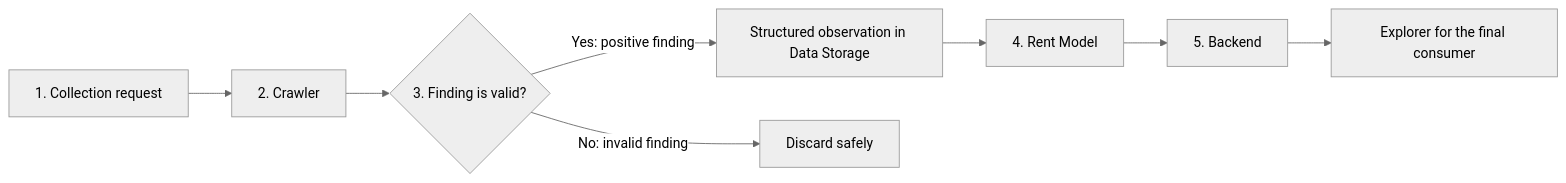
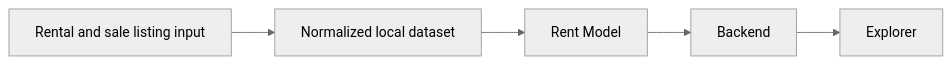
One commit to sotous/rent-yield changed the diagram in README.md. Above: the diagram before and after it, drawn with Mermaid (neutral theme). The commit also changed other lines of this file and 168 other files, not shown here.

````diff
--- a/README.md
+++ b/README.md
@@ -44,10 +43,7 @@
 ```mermaid
 flowchart LR
-  A[1. Collection request] --> B[2. Crawler]
-  B --> C{3. Finding is valid?}
-  C -->|Yes: positive finding| D[Structured observation in Data Storage]
-  C -->|No: invalid finding| E[Discard safely]
-  D --> F[4. Rent Model]
-  F --> G[5. Backend]
-  G --> H[Explorer for the final consumer]
+  A[Rental and sale listing input] --> B[Normalized local dataset]
+  B --> C[Rent Model]
+  C --> D[Backend]
+  D --> E[Explorer]
 ```
````
